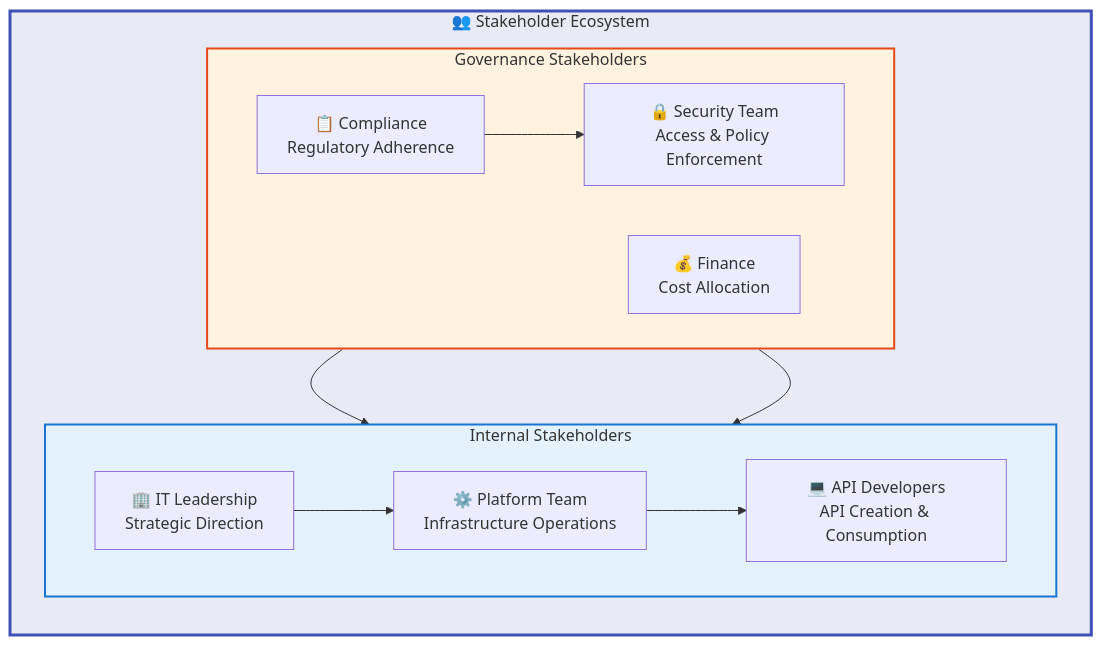
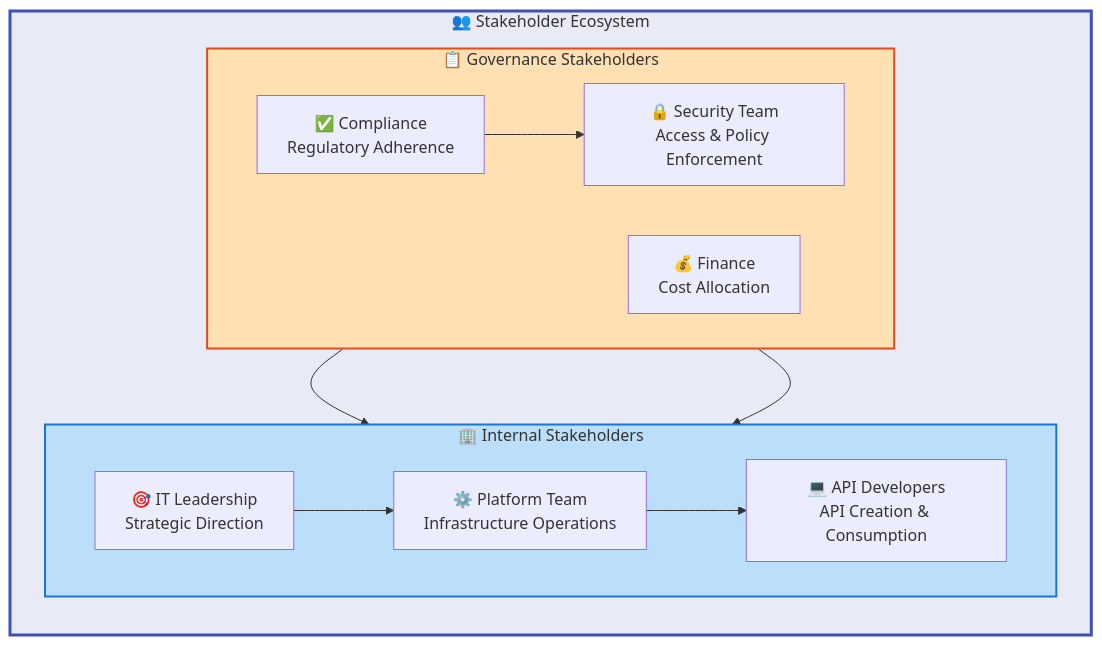
Before and after one commit to Evilazaro/APIM-Accelerator: the third of 10 diagrams in docs/architecture/Business_Architecture_Document.md, drawn with Mermaid. The commit also changed other lines of this file and 1 other file, not shown here.

Commit message:
Enhance Data Architecture Document with improved flowcharts and semantic icons for better clarity and visual appeal

````diff
--- a/docs/architecture/Business_Architecture_Document.md
+++ b/docs/architecture/Business_Architecture_Document.md
@@ -145,31 +152,35 @@
 ```mermaid
 %%{init: {"flowchart": {"htmlLabels": false}} }%%
+%% ============================================
+%% COLOR SCHEME: Hierarchical (stakeholders) + Semantic (groups)
+%% Level 1: #E8EAF6 | Internal=#BBDEFB | Governance=#FFE0B2
+%% ============================================
 flowchart TB
     subgraph stakeholders["👥 Stakeholder Ecosystem"]
         direction TB
 
-        subgraph internal["Internal Stakeholders"]
+        subgraph internal["🏢 Internal Stakeholders"]
             direction LR
-            S1["🏢 IT Leadership<br/>Strategic Direction"]
+            S1["🎯 IT Leadership<br/>Strategic Direction"]
             S2["⚙️ Platform Team<br/>Infrastructure Operations"]
             S3["💻 API Developers<br/>API Creation & Consumption"]
         end
 
-        subgraph governance["Governance Stakeholders"]
+        subgraph governance["📋 Governance Stakeholders"]
             direction LR
             S4["🔒 Security Team<br/>Access & Policy Enforcement"]
-            S5["📋 Compliance<br/>Regulatory Adherence"]
+            S5["✅ Compliance<br/>Regulatory Adherence"]
             S6["💰 Finance<br/>Cost Allocation"]
         end
     end
 
     S1 --> S2
     S2 --> S3
     S4 --> S2
     S5 --> S4
     S6 --> S2
 
     style stakeholders fill:#E8EAF6,stroke:#3F51B5,stroke-width:3px
-    style internal fill:#E3F2FD,stroke:#1976D2,stroke-width:2px
-    style governance fill:#FFF3E0,stroke:#E64A19,stroke-width:2px
+    style internal fill:#BBDEFB,stroke:#1976D2,stroke-width:2px
+    style governance fill:#FFE0B2,stroke:#E64A19,stroke-width:2px
 ```
````
